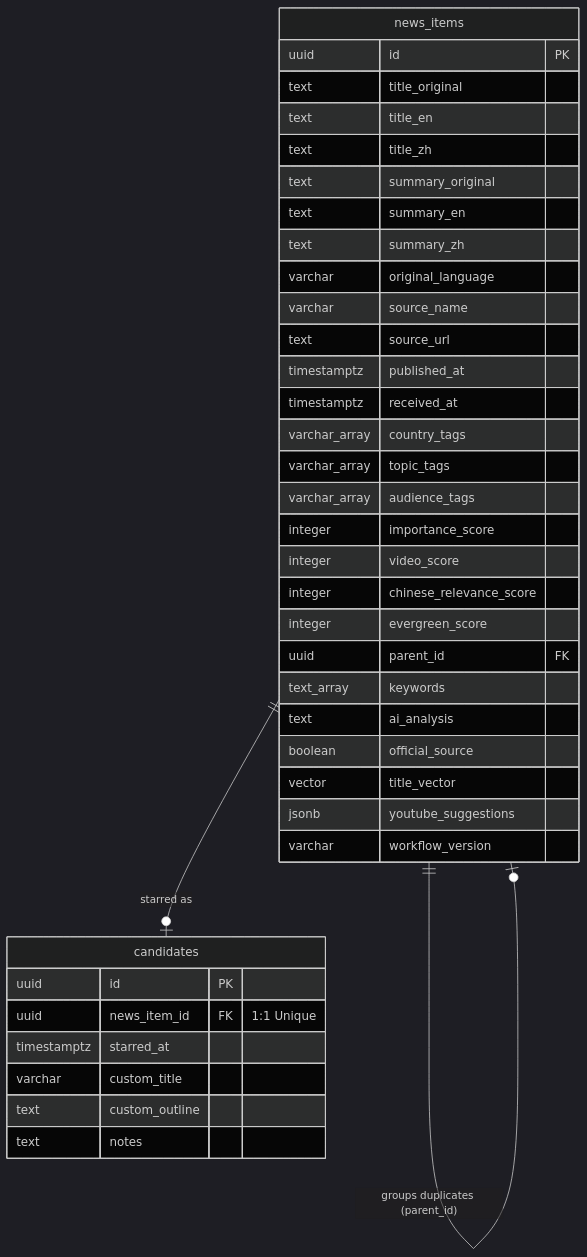
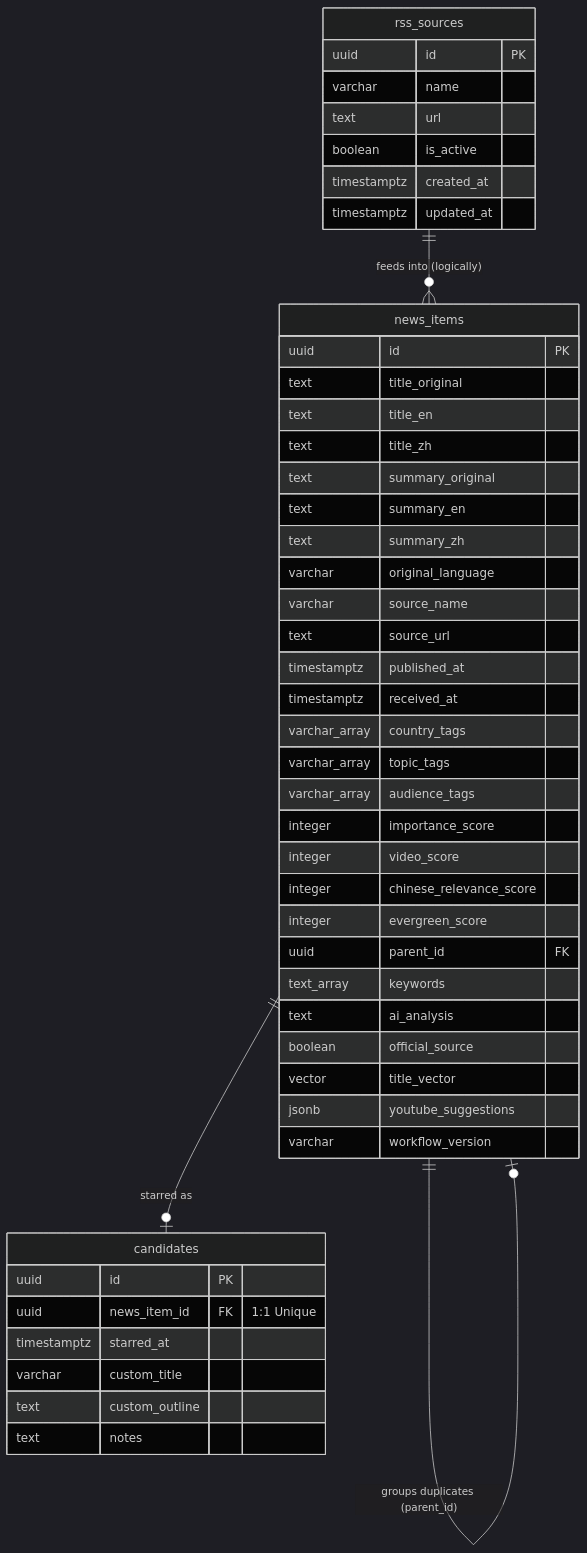
One commit to availlogic/immi_pulse changed the diagram in docs/Database.md. Above: the diagram before and after it, drawn with Mermaid (dark theme). The commit also changed other lines of this file and 6 other files, not shown here.

````diff
--- a/docs/Database.md
+++ b/docs/Database.md
@@ -20,43 +20,53 @@
 ```mermaid
 erDiagram
+    rss_sources {
+        uuid id PK
+        varchar name
+        text url
+        boolean is_active
+        timestamptz created_at
+        timestamptz updated_at
+    }
+    
     news_items {
         uuid id PK
         text title_original
         text title_en
         text title_zh
         text summary_original
         text summary_en
         text summary_zh
         varchar original_language
         varchar source_name
         text source_url
         timestamptz published_at
         timestamptz received_at
         varchar_array country_tags
         varchar_array topic_tags
         varchar_array audience_tags
         integer importance_score
         integer video_score
         integer chinese_relevance_score
         integer evergreen_score
         uuid parent_id FK
         text_array keywords
         text ai_analysis
         boolean official_source
         vector title_vector
         jsonb youtube_suggestions
         varchar workflow_version
     }
     
     candidates {
         uuid id PK
         uuid news_item_id FK "1:1 Unique"
         timestamptz starred_at
         varchar custom_title
         text custom_outline
         text notes
     }
     
     news_items ||--o| news_items : "groups duplicates (parent_id)"
     news_items ||--o| candidates : "starred as"
+    rss_sources ||--o{ news_items : "feeds into (logically)"
 ```
````
